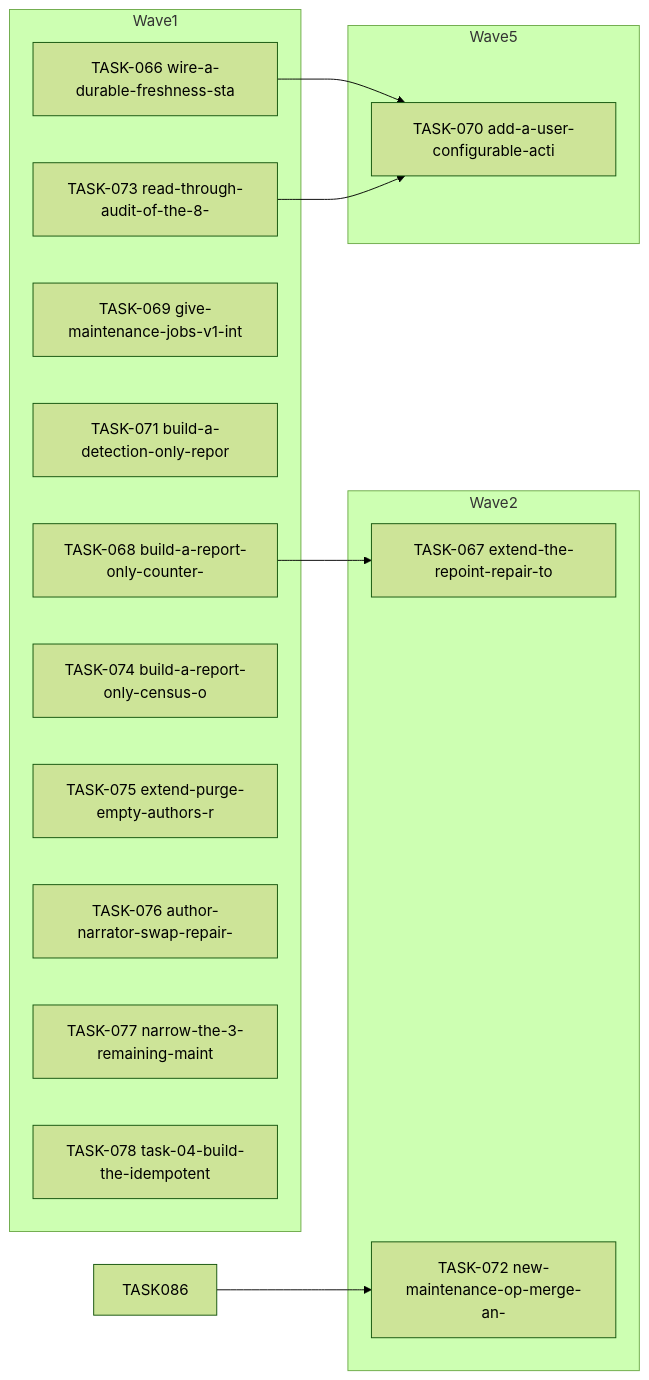
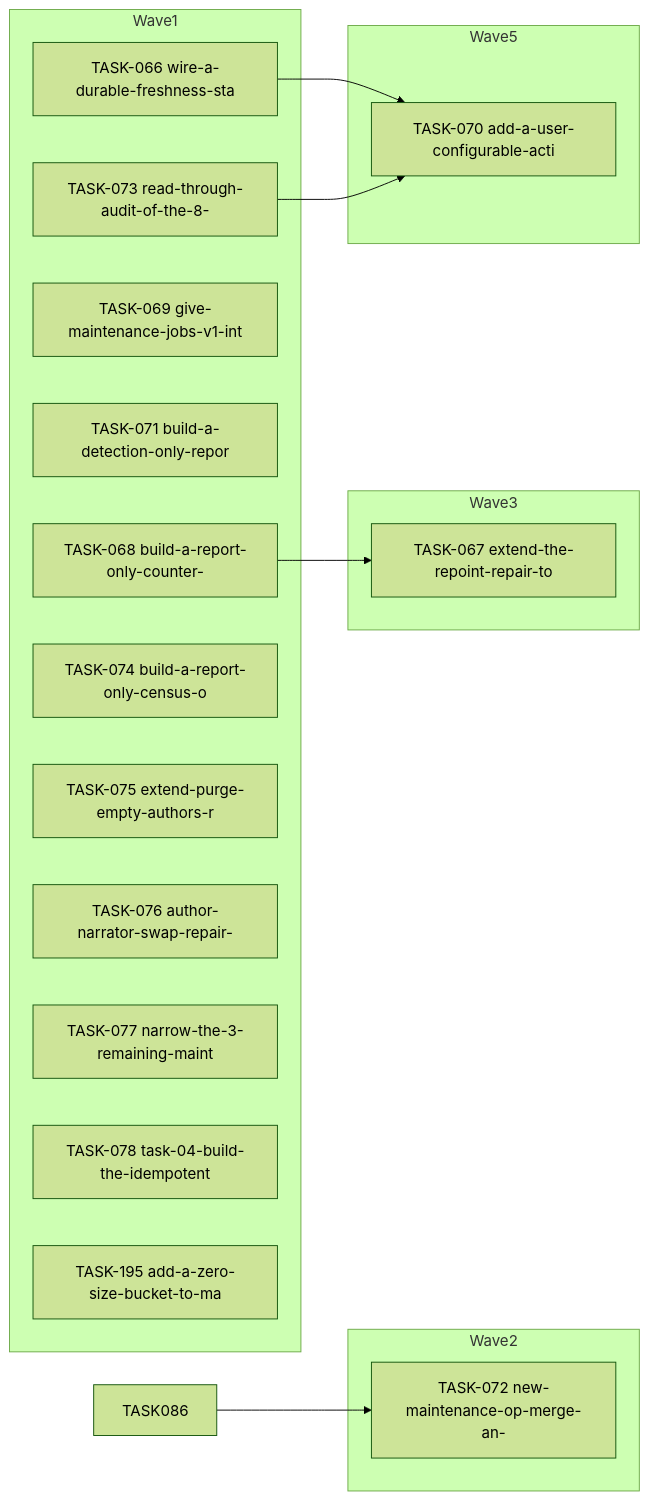
Before and after one commit to falkcorp/audiobook-organizer: the diagram in docs/agent-tasks/todo-completion/maintenance/orchestration.md, drawn with Mermaid (forest theme). The commit also changed other lines of this file and 275 other files, not shown here.

````diff
--- a/docs/agent-tasks/todo-completion/maintenance/orchestration.md
+++ b/docs/agent-tasks/todo-completion/maintenance/orchestration.md
@@ -12,26 +12,29 @@
 ```mermaid
 flowchart LR
     subgraph Wave1
       TASK066[TASK-066 wire-a-durable-freshness-sta]
       TASK068[TASK-068 build-a-report-only-counter-]
       TASK069[TASK-069 give-maintenance-jobs-v1-int]
       TASK071[TASK-071 build-a-detection-only-repor]
       TASK073[TASK-073 read-through-audit-of-the-8-]
       TASK074[TASK-074 build-a-report-only-census-o]
       TASK075[TASK-075 extend-purge-empty-authors-r]
       TASK076[TASK-076 author-narrator-swap-repair-]
       TASK077[TASK-077 narrow-the-3-remaining-maint]
       TASK078[TASK-078 task-04-build-the-idempotent]
+      TASK195[TASK-195 add-a-zero-size-bucket-to-ma]
     end
     subgraph Wave2
+      TASK072[TASK-072 new-maintenance-op-merge-an-]
+    end
+    subgraph Wave3
       TASK067[TASK-067 extend-the-repoint-repair-to]
-      TASK072[TASK-072 new-maintenance-op-merge-an-]
     end
     subgraph Wave5
       TASK070[TASK-070 add-a-user-configurable-acti]
     end
     TASK066 --> TASK070
     TASK068 --> TASK067
     TASK073 --> TASK070
     TASK086 --> TASK072
 ```
````
